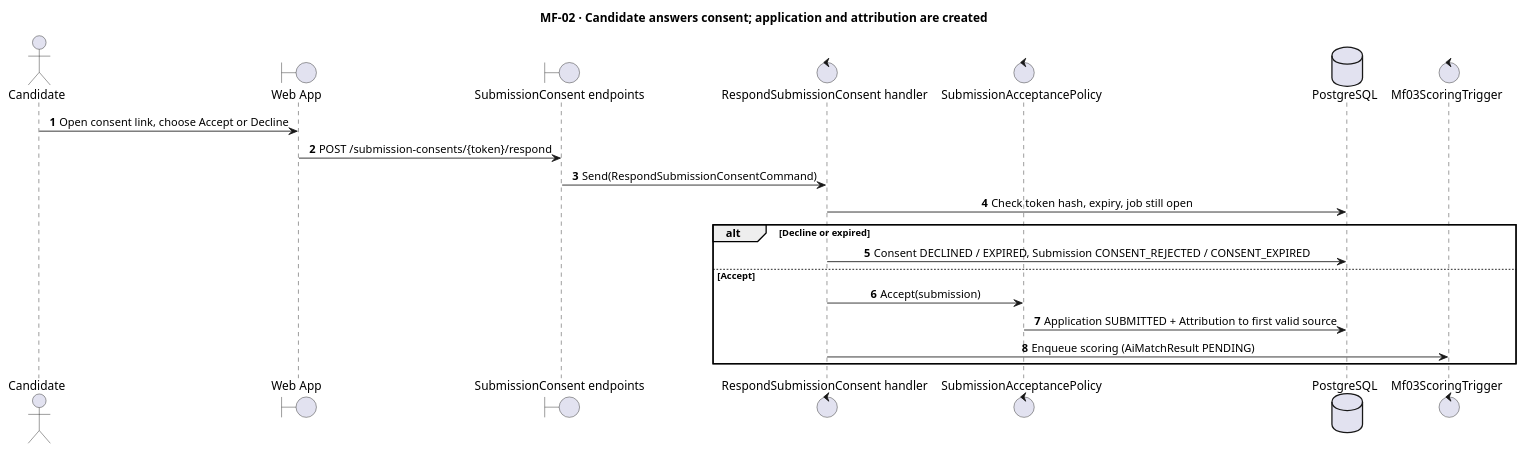
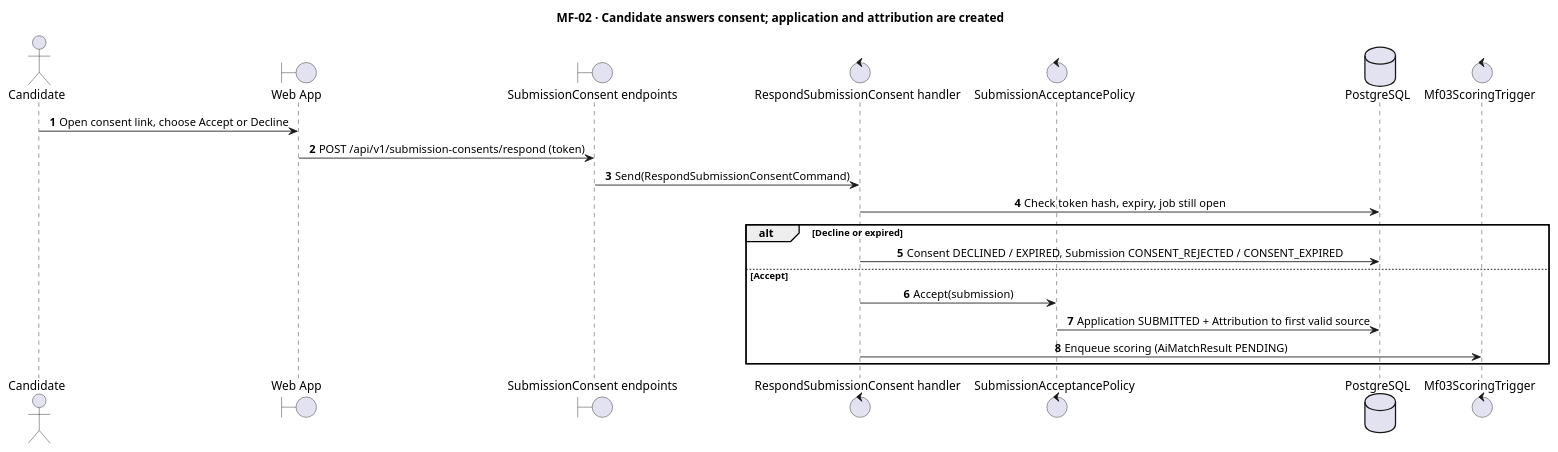
The diagram in docs/diagrams/sequences/source/seq-mf02-consent-response.puml (hoangqui794/hr-connect), drawn with PlantUML before and after one commit. The commit also changed 34 other files, not shown here.

Commit message:
docs(diagrams): add candidate self-apply sequence and fix endpoint paths in MF-01..MF-04 sequences

```diff
--- a/docs/diagrams/sequences/source/seq-mf02-consent-response.puml
+++ b/docs/diagrams/sequences/source/seq-mf02-consent-response.puml
@@ -1,23 +1,23 @@
 @startuml seq-mf02-consent-response
 autonumber
 skinparam sequenceMessageAlign center
 title MF-02 · Candidate answers consent; application and attribution are created
 actor "Candidate" as CA
 boundary "Web App" as FE
 boundary "SubmissionConsent endpoints" as API
 control "RespondSubmissionConsent handler" as H
 control "SubmissionAcceptancePolicy" as P
 database "PostgreSQL" as DB
 control "Mf03ScoringTrigger" as AI
 CA -> FE : Open consent link, choose Accept or Decline
-FE -> API : POST /submission-consents/{token}/respond
+FE -> API : POST /api/v1/submission-consents/respond (token)
 API -> H : Send(RespondSubmissionConsentCommand)
 H -> DB : Check token hash, expiry, job still open
 alt Decline or expired
 H -> DB : Consent DECLINED / EXPIRED, Submission CONSENT_REJECTED / CONSENT_EXPIRED
 else Accept
 H -> P : Accept(submission)
 P -> DB : Application SUBMITTED + Attribution to first valid source
 H -> AI : Enqueue scoring (AiMatchResult PENDING)
 end
 @enduml
```
